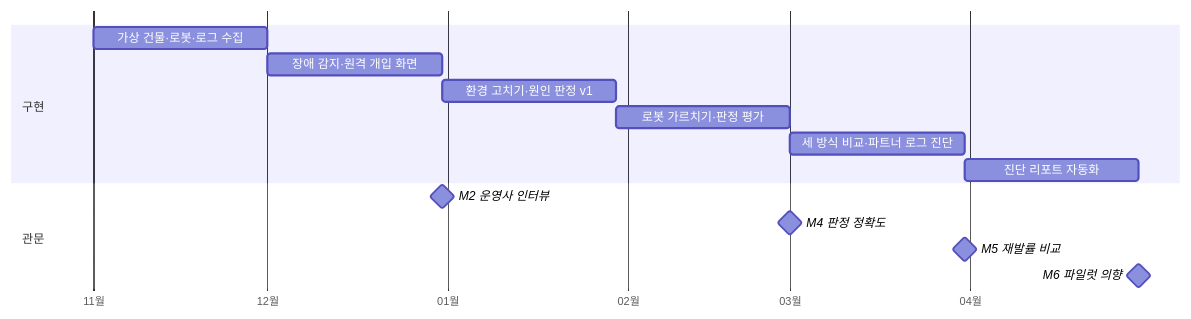
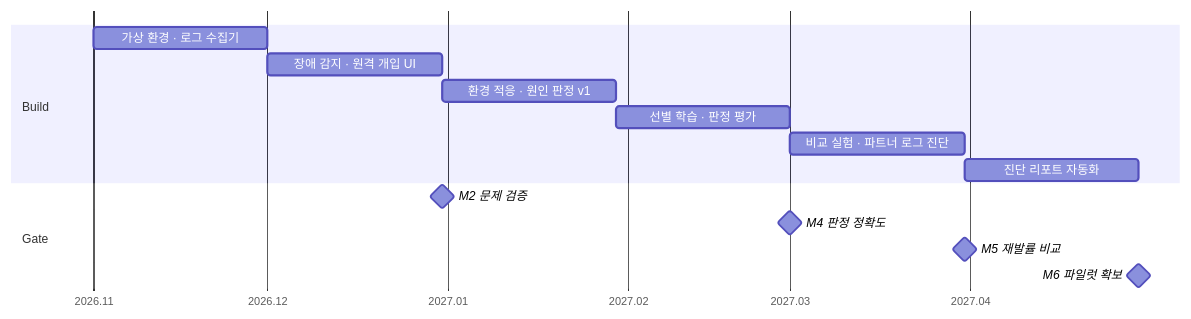
One commit to CauseMotion/D2SF_CauseMotion changed the third of 3 diagrams in README.md. Above: the diagram before and after it, drawn with Mermaid. The commit also changed other lines of this file, not shown here.

````diff
--- a/README.md
+++ b/README.md
@@ -148,17 +158,17 @@
 ```mermaid
 gantt
     dateFormat  YYYY-MM
-    axisFormat  %m월
-    section 구현
-    가상 건물·로봇·로그 수집     :a1, 2026-11, 30d
-    장애 감지·원격 개입 화면      :a2, after a1, 30d
-    환경 고치기·원인 판정 v1      :a3, after a2, 30d
-    로봇 가르치기·판정 평가       :a4, after a3, 30d
-    세 방식 비교·파트너 로그 진단  :a5, after a4, 30d
-    진단 리포트 자동화           :a6, after a5, 30d
-    section 관문
-    M2 운영사 인터뷰   :milestone, after a2, 0d
-    M4 판정 정확도     :milestone, after a4, 0d
-    M5 재발률 비교     :milestone, after a5, 0d
-    M6 파일럿 의향     :milestone, after a6, 0d
+    axisFormat  %Y.%m
+    section Build
+    가상 환경 · 로그 수집기          :a1, 2026-11, 30d
+    장애 감지 · 원격 개입 UI         :a2, after a1, 30d
+    환경 적응 · 원인 판정 v1         :a3, after a2, 30d
+    선별 학습 · 판정 평가            :a4, after a3, 30d
+    비교 실험 · 파트너 로그 진단      :a5, after a4, 30d
+    진단 리포트 자동화               :a6, after a5, 30d
+    section Gate
+    M2 문제 검증     :milestone, after a2, 0d
+    M4 판정 정확도   :milestone, after a4, 0d
+    M5 재발률 비교   :milestone, after a5, 0d
+    M6 파일럿 확보   :milestone, after a6, 0d
 ```
````
